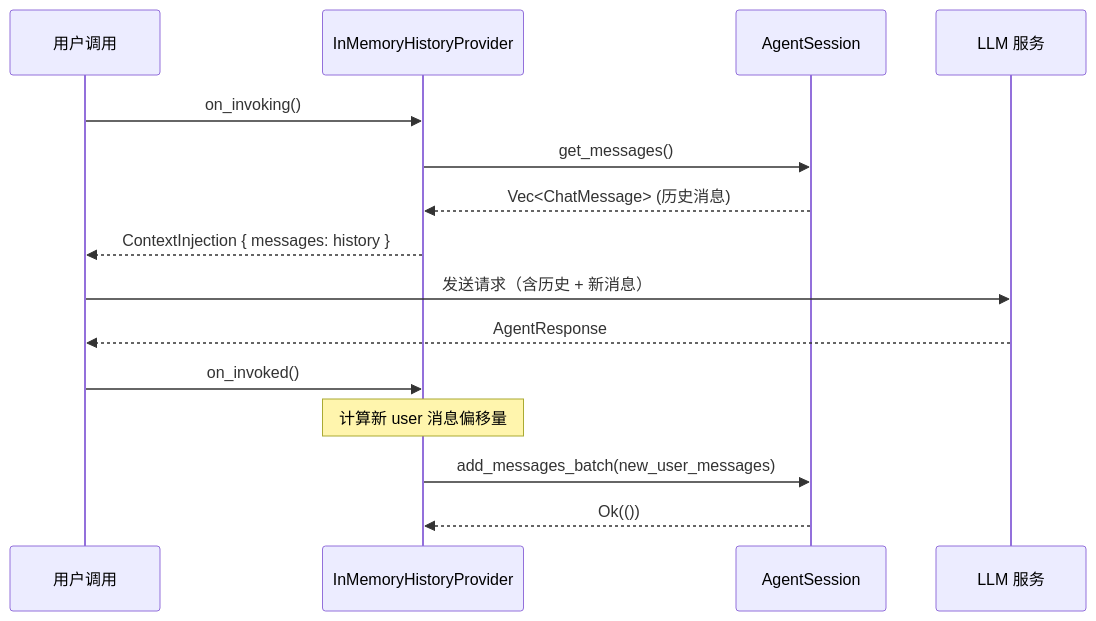
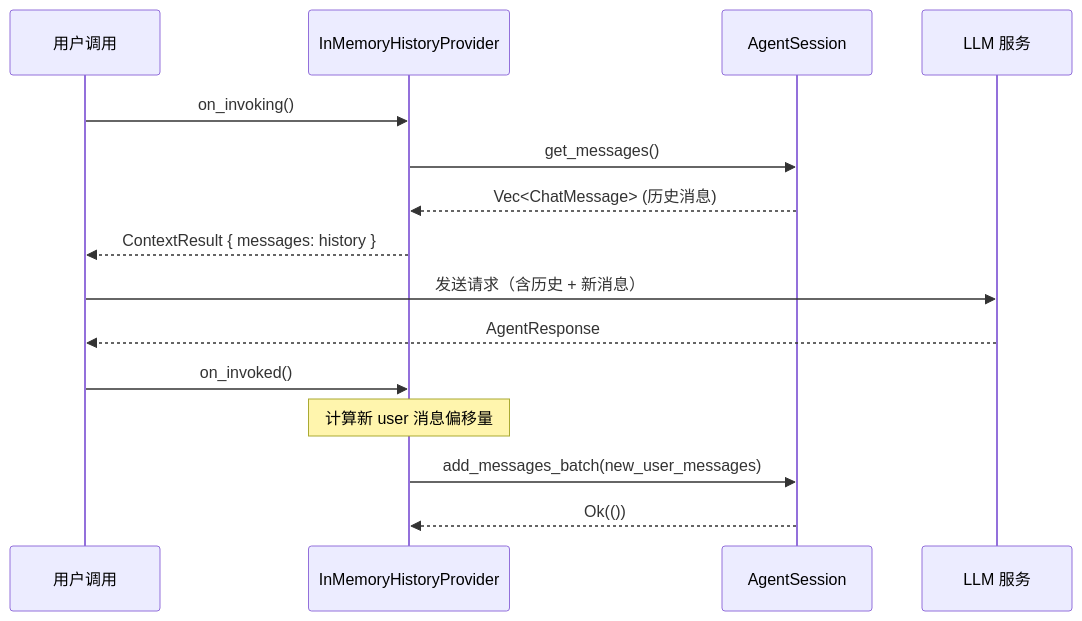
The diagram in docs/05-context-providers/history-provider.md (Rust-Framework/rust-agent-framework), drawn with Mermaid before and after one commit. The commit also changed other lines of this file and 59 other files, not shown here.

````diff
--- a/docs/05-context-providers/history-provider.md
+++ b/docs/05-context-providers/history-provider.md
@@ -128,20 +128,20 @@
 ```mermaid
 sequenceDiagram
     participant User as 用户调用
     participant HP as InMemoryHistoryProvider
     participant Session as AgentSession
     participant LLM as LLM 服务
 
     User->>HP: on_invoking()
     HP->>Session: get_messages()
     Session-->>HP: Vec<ChatMessage> (历史消息)
-    HP-->>User: ContextInjection { messages: history }
+    HP-->>User: ContextResult { messages: history }
 
     User->>LLM: 发送请求（含历史 + 新消息）
     LLM-->>User: AgentResponse
 
     User->>HP: on_invoked()
     Note over HP: 计算新 user 消息偏移量
     HP->>Session: add_messages_batch(new_user_messages)
     Session-->>HP: Ok(())
 ```
````
